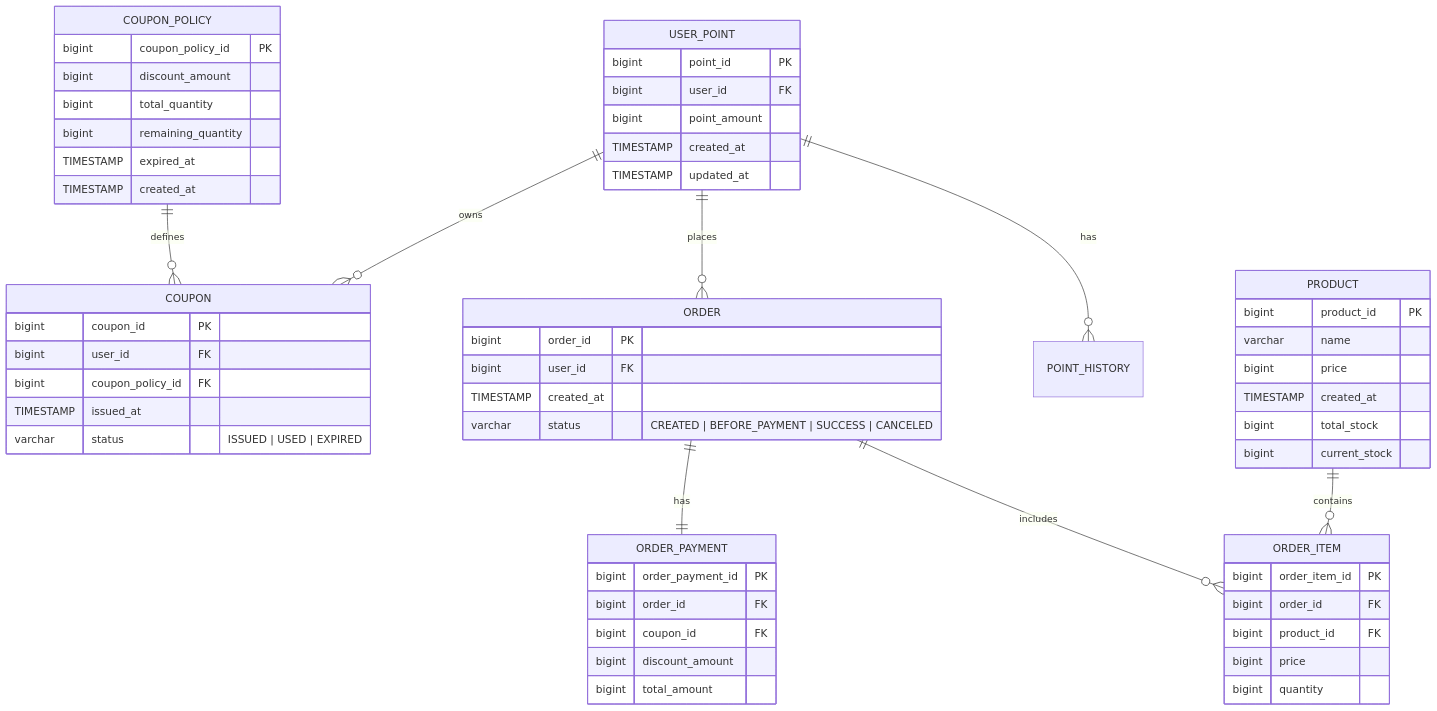
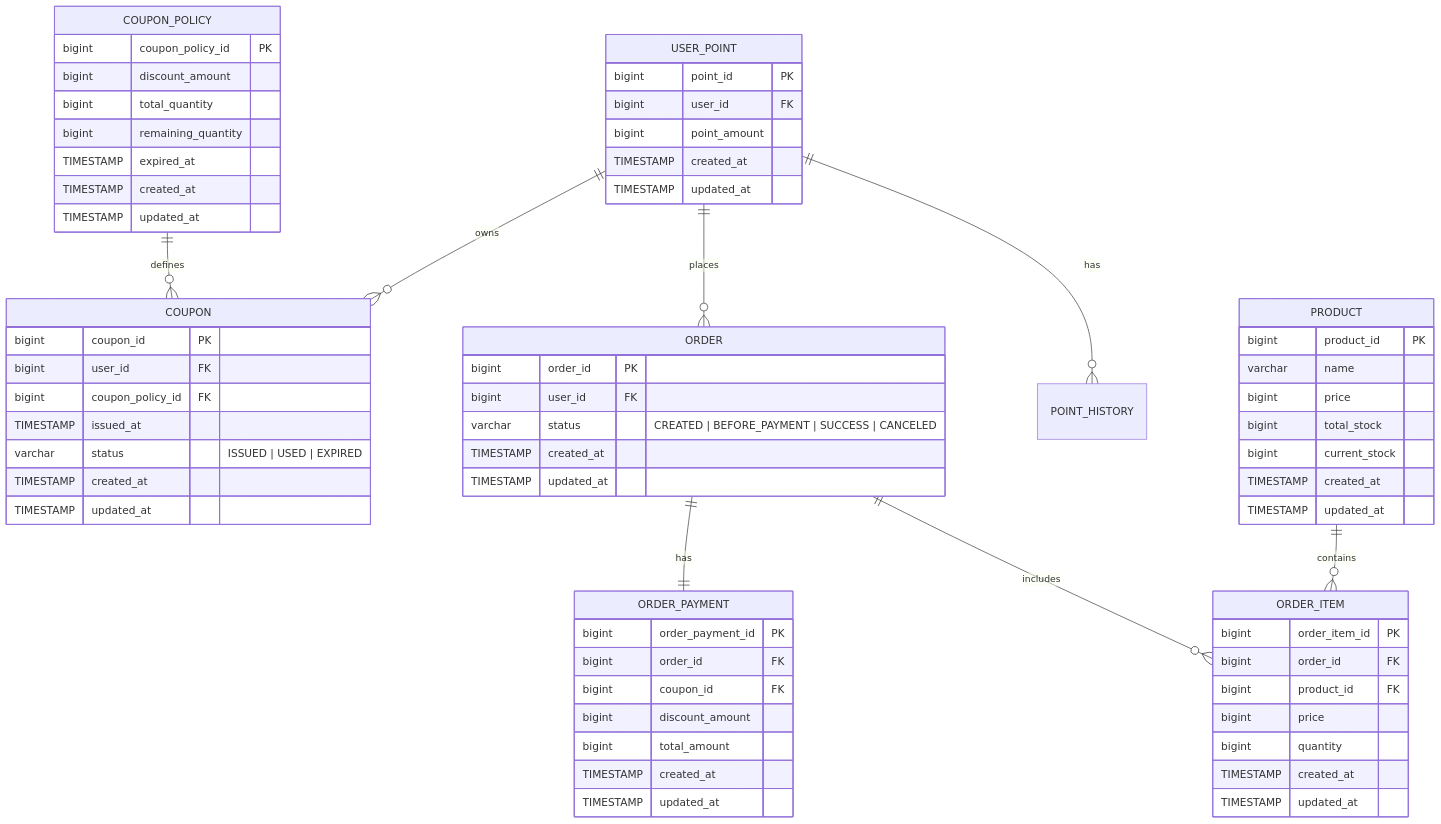
One commit to Maker-H/99-shopping changed the diagram in docs/erd/erd.mmd. Above: the diagram before and after it, drawn with Mermaid. The commit also changed 31 other files, not shown here.

```diff
--- a/docs/erd/erd.mmd
+++ b/docs/erd/erd.mmd
@@ -1,73 +1,82 @@
 erDiagram
 
     USER_POINT ||--o{ POINT_HISTORY : has
     USER_POINT ||--o{ ORDER : places
     USER_POINT ||--o{ COUPON : owns
 
     PRODUCT ||--o{ ORDER_ITEM : contains
     ORDER ||--o{ ORDER_ITEM : includes
     ORDER ||--|| ORDER_PAYMENT : has
 
     COUPON_POLICY ||--o{ COUPON : defines
 
     USER_POINT {
         bigint point_id PK
         bigint user_id FK
         bigint point_amount
         TIMESTAMP created_at
         TIMESTAMP updated_at
     }
 
     PRODUCT {
         bigint product_id PK
         varchar name
         bigint price
-        TIMESTAMP created_at
         bigint total_stock
         bigint current_stock
+        TIMESTAMP created_at
+        TIMESTAMP updated_at
     }
 
 %%  ORDER(created_at DESC)
     ORDER {
         bigint order_id PK
         bigint user_id FK
+        varchar status "CREATED | BEFORE_PAYMENT | SUCCESS | CANCELED"
         TIMESTAMP created_at
-        varchar status "CREATED | BEFORE_PAYMENT | SUCCESS | CANCELED"
+        TIMESTAMP updated_at
     }
 
 %%  ORDER_ITEM(order_id)
     ORDER_ITEM {
         bigint order_item_id PK
         bigint order_id FK
         bigint product_id FK
         bigint price
         bigint quantity
+        TIMESTAMP created_at
+        TIMESTAMP updated_at
     }
 
 %%  ORDER_PAYMENT(order_id)
     ORDER_PAYMENT {
         bigint order_payment_id PK
         bigint order_id FK
         bigint coupon_id FK
         bigint discount_amount
         bigint total_amount
+        TIMESTAMP created_at
+        TIMESTAMP updated_at
     }
 
     COUPON_POLICY {
         bigint coupon_policy_id PK
         bigint discount_amount
         bigint total_quantity
         bigint remaining_quantity
         TIMESTAMP expired_at
         TIMESTAMP created_at
+        TIMESTAMP updated_at
     }
 
 %%  COUPON (coupon_policy_id)
 %%  COUPON (user_id)
     COUPON {
         bigint coupon_id PK
         bigint user_id FK
         bigint coupon_policy_id FK
         TIMESTAMP issued_at
         varchar status "ISSUED | USED | EXPIRED"
+        TIMESTAMP created_at
+        TIMESTAMP updated_at
     }
```
